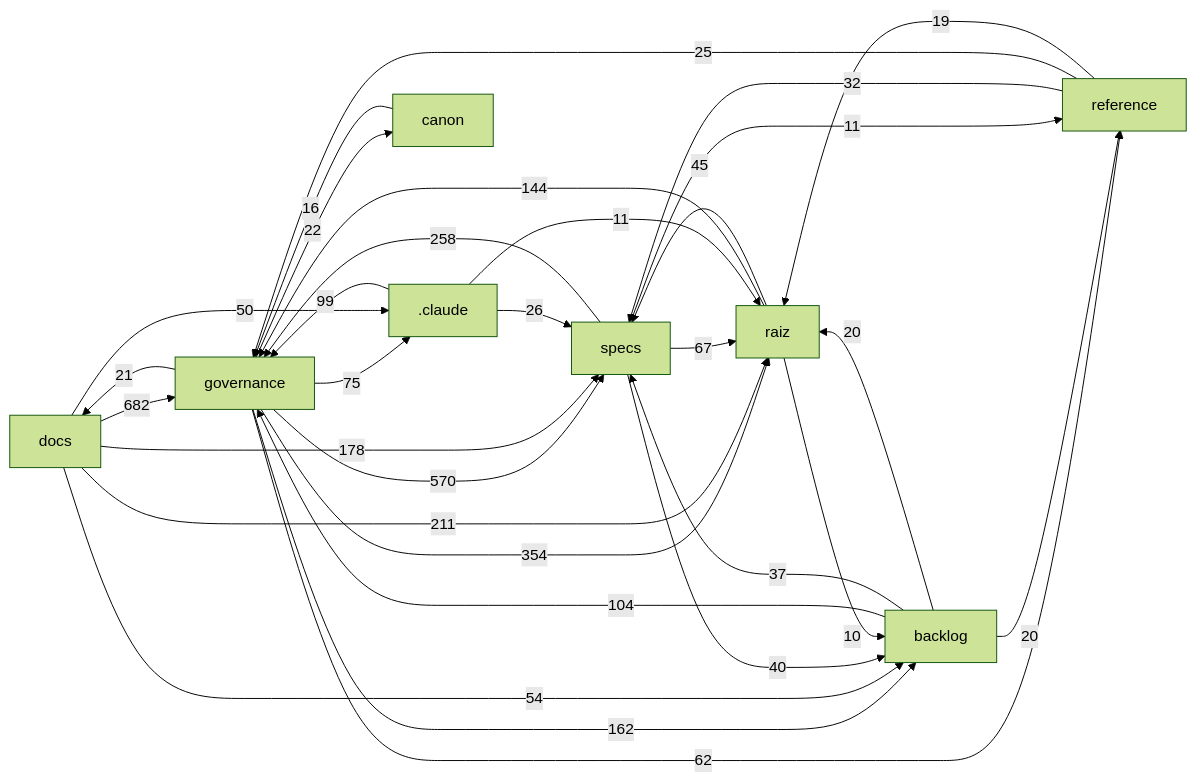
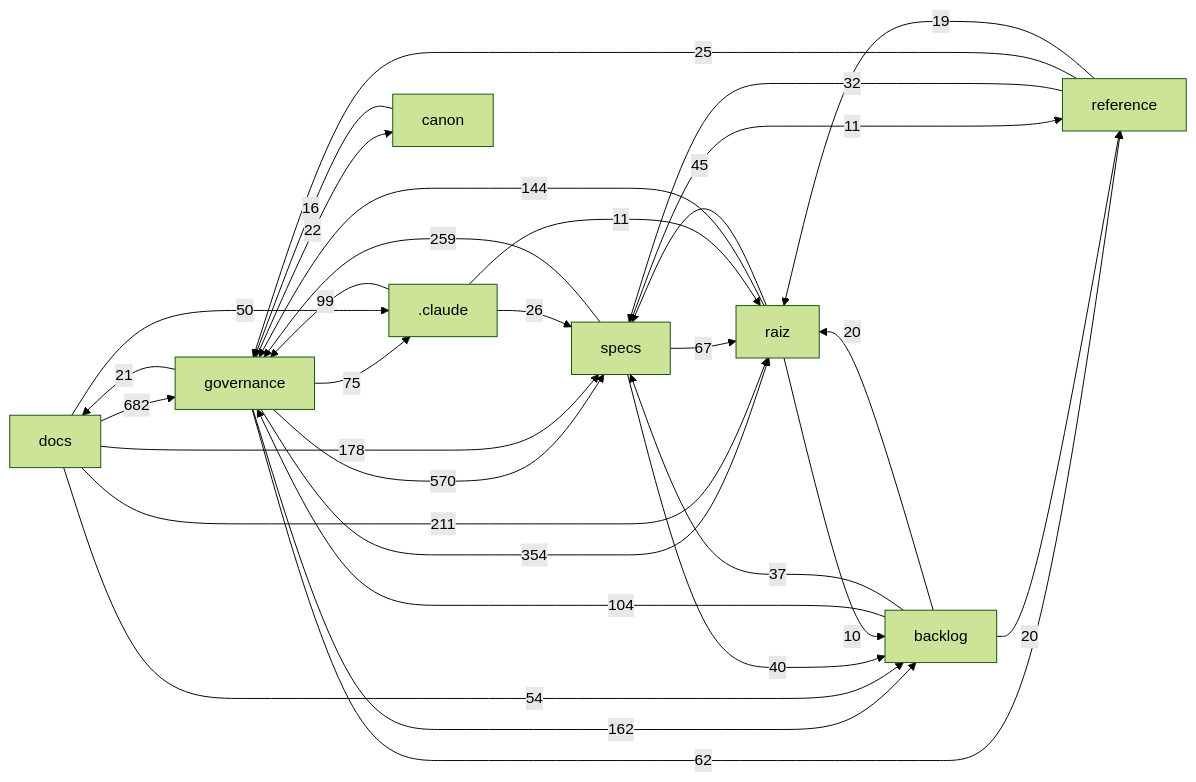
One commit to Andraus35/Sistema-Operacional-de-Trading--SOT changed the diagram in docs/mapa/MAPA-PROJETO.md. Above: the diagram before and after it, drawn with Mermaid (forest theme). The commit also changed other lines of this file and 2 other files, not shown here.

````diff
--- a/docs/mapa/MAPA-PROJETO.md
+++ b/docs/mapa/MAPA-PROJETO.md
@@ -29,33 +29,33 @@
 ```mermaid
 flowchart LR
   docs["docs"] -->|682| governance["governance"]
   governance["governance"] -->|570| specs["specs"]
   governance["governance"] -->|354| raiz["raiz"]
-  specs["specs"] -->|258| governance["governance"]
+  specs["specs"] -->|259| governance["governance"]
   docs["docs"] -->|211| raiz["raiz"]
   docs["docs"] -->|178| specs["specs"]
   governance["governance"] -->|162| backlog["backlog"]
   raiz["raiz"] -->|144| governance["governance"]
   backlog["backlog"] -->|104| governance["governance"]
   _claude[".claude"] -->|99| governance["governance"]
   governance["governance"] -->|75| _claude[".claude"]
   specs["specs"] -->|67| raiz["raiz"]
   governance["governance"] -->|62| reference["reference"]
   docs["docs"] -->|54| backlog["backlog"]
   docs["docs"] -->|50| _claude[".claude"]
   raiz["raiz"] -->|45| specs["specs"]
   specs["specs"] -->|40| backlog["backlog"]
   backlog["backlog"] -->|37| specs["specs"]
   reference["reference"] -->|32| specs["specs"]
   _claude[".claude"] -->|26| specs["specs"]
   reference["reference"] -->|25| governance["governance"]
   governance["governance"] -->|22| canon["canon"]
   governance["governance"] -->|21| docs["docs"]
   backlog["backlog"] -->|20| raiz["raiz"]
   backlog["backlog"] -->|20| reference["reference"]
   reference["reference"] -->|19| raiz["raiz"]
   canon["canon"] -->|16| governance["governance"]
   _claude[".claude"] -->|11| raiz["raiz"]
   specs["specs"] -->|11| reference["reference"]
   raiz["raiz"] -->|10| backlog["backlog"]
 ```
````
